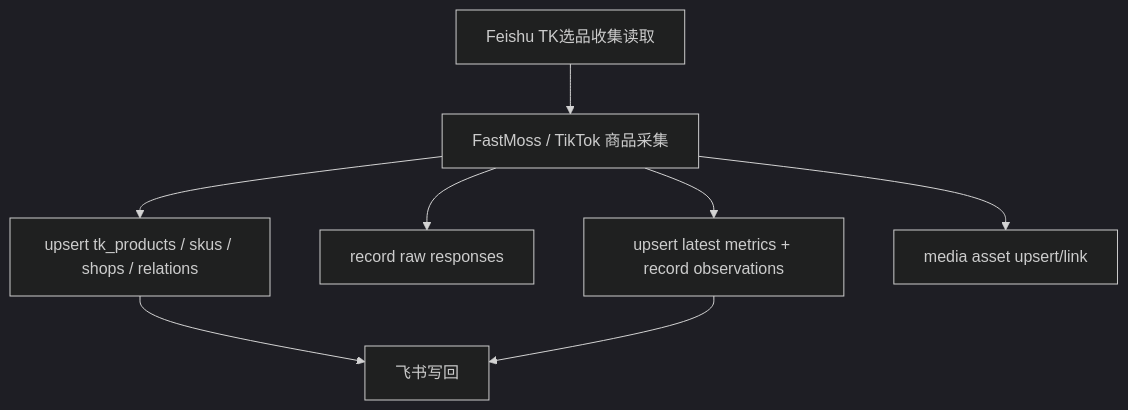
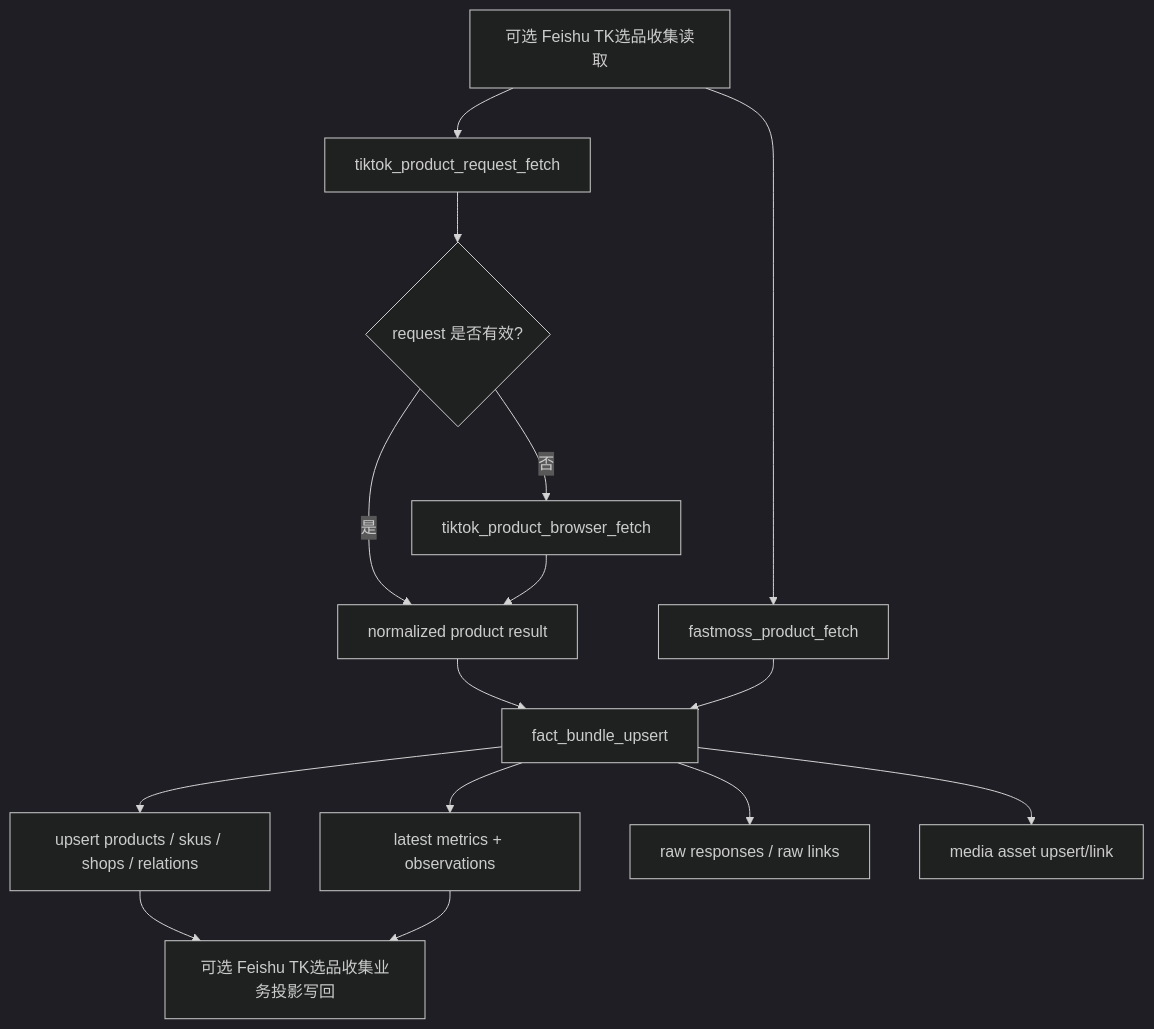
Before and after one commit to knighterrantsky/mujitask: the second of 4 diagrams in docs/arch/fact-db-schema-design.md, drawn with Mermaid (dark theme). The commit also changed other lines of this file and 3 other files, not shown here.

````diff
--- a/docs/arch/fact-db-schema-design.md
+++ b/docs/arch/fact-db-schema-design.md
@@ -209,10 +262,17 @@
 ```mermaid
 flowchart TD
-    A["Feishu TK选品收集读取"] --> B["FastMoss / TikTok 商品采集"]
-    B --> C["upsert tk_products / skus / shops / relations"]
-    B --> D["record raw responses"]
-    B --> E["upsert latest metrics + record observations"]
-    B --> F["media asset upsert/link"]
-    C --> G["飞书写回"]
-    E --> G
+    A["可选 Feishu TK选品收集读取"] --> B["tiktok_product_request_fetch"]
+    B --> C{"request 是否有效?"}
+    C -->|否| D["tiktok_product_browser_fetch"]
+    C -->|是| E["normalized product result"]
+    D --> E
+    A --> F["fastmoss_product_fetch"]
+    E --> G["fact_bundle_upsert"]
+    F --> G
+    G --> H["upsert products / skus / shops / relations"]
+    G --> I["latest metrics + observations"]
+    G --> J["raw responses / raw links"]
+    G --> K["media asset upsert/link"]
+    H --> L["可选 Feishu TK选品收集业务投影写回"]
+    I --> L
 ```
````
